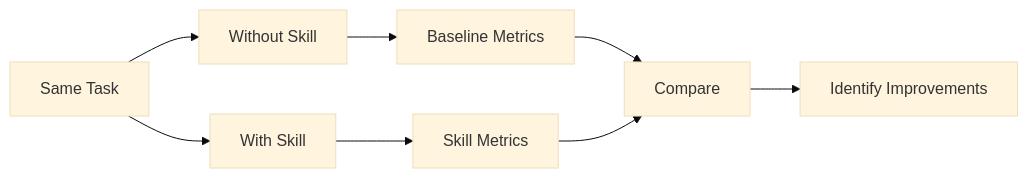
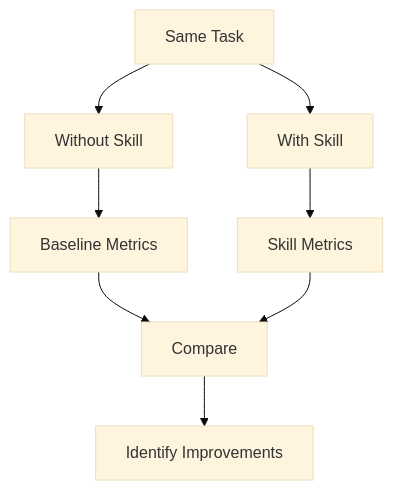
Before and after one commit to Amie-dev/FDE-and-GenAI-Mastery: the ninth of 17 diagrams in Lecture 23 - Claude Skills/notes/03-testing-iteration-and-evaluation-strategies.md, drawn with Mermaid (base theme). The commit also changed other lines of this file and 6 other files, not shown here.

````diff
--- a/Lecture 23 - Claude Skills/notes/03-testing-iteration-and-evaluation-strategies.md
+++ b/Lecture 23 - Claude Skills/notes/03-testing-iteration-and-evaluation-strategies.md
@@ -549,13 +530,13 @@
 ```mermaid
-flowchart LR
-    A["Same Task"] --> B["Without Skill"]
-    A --> C["With Skill"]
+flowchart TB
+    TASK["Same Task"] --> NO_SKILL["Without Skill"]
+    TASK --> WITH_SKILL["With Skill"]
 
-    B --> D["Baseline Metrics"]
-    C --> E["Skill Metrics"]
+    NO_SKILL --> BASELINE["Baseline Metrics"]
+    WITH_SKILL --> SKILL_METRICS["Skill Metrics"]
 
-    D --> F["Compare"]
-    E --> F
+    BASELINE --> COMPARE["Compare"]
+    SKILL_METRICS --> COMPARE
 
-    F --> G["Identify Improvements"]
+    COMPARE --> IMPROVEMENTS["Identify Improvements"]
 ```
````
